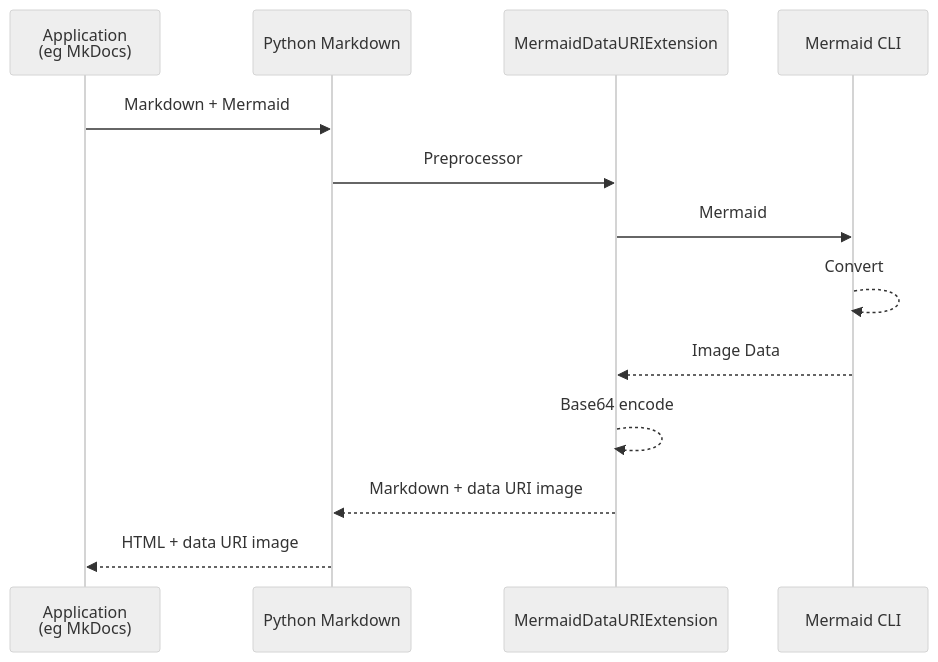
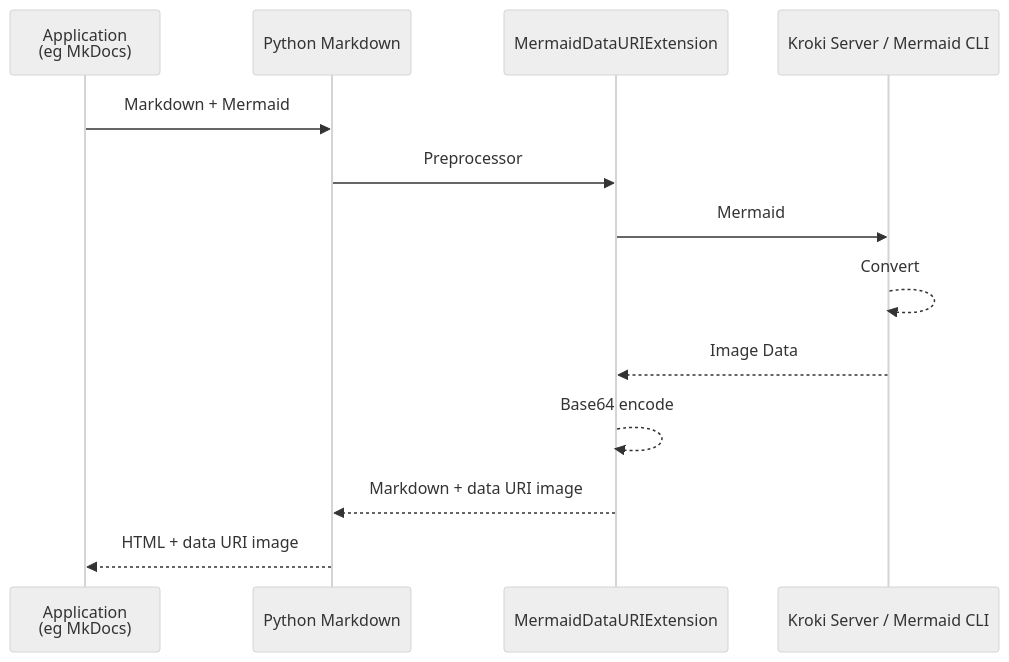
One commit to hkato/markdown-mermaid-cli changed the diagram in README.md. Above: the diagram before and after it, drawn with Mermaid (neutral theme). The commit also changed other lines of this file and 1 other file, not shown here.

````diff
--- a/README.md
+++ b/README.md
@@ -61,16 +100,16 @@
 ```mermaid
 sequenceDiagram
     participant application as Application<br/>(eg MkDocs)
     participant markdown as Python Markdown
     participant extension as MermaidDataURIExtension
-    participant mmdc as Mermaid CLI
+    participant engine as Kroki Server / Mermaid CLI
 
     application->>markdown: Markdown + Mermaid
     markdown->>extension: Preprocessor
-    extension->>mmdc: Mermaid
-    mmdc-->>mmdc: Convert
-    mmdc-->>extension: Image Data
+    extension->>engine: Mermaid
+    engine-->>engine: Convert
+    engine-->>extension: Image Data
     extension-->>extension: Base64 encode
     extension-->>markdown: Markdown + data URI image
     markdown-->>application: HTML + data URI image
 ```
````
